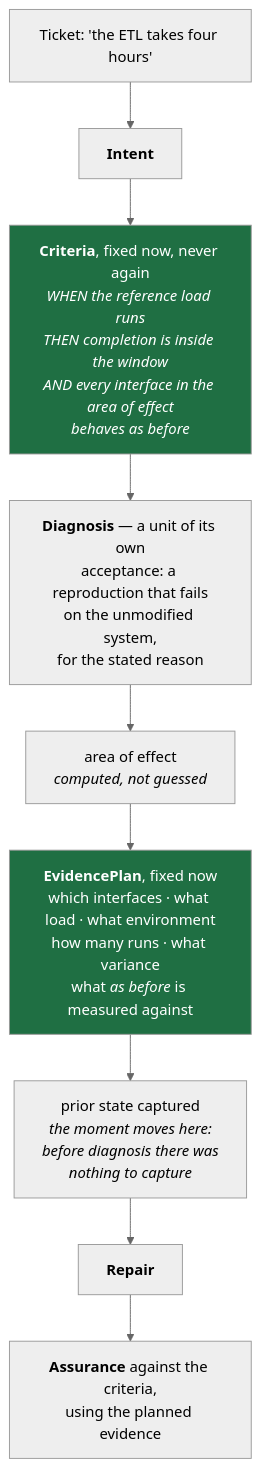
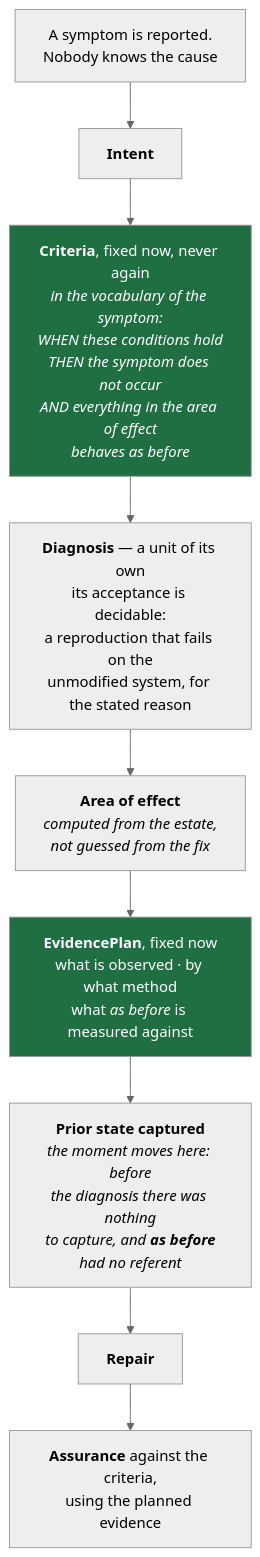
Before and after one commit to igannytskyi/iFlow: the third of 4 diagrams in docs/process.md, drawn with Mermaid (neutral theme). The commit also changed other lines of this file, not shown here.

Commit message:
docs: generalise the defect diagram
It described a particular symptom; it now describes the case.

````diff
--- a/docs/process.md
+++ b/docs/process.md
@@ -71,14 +71,14 @@
 ```mermaid
 flowchart TD
-    TK["Ticket: 'the ETL takes four hours'"] --> INT["<b>Intent</b>"]
-    INT --> CR["<b>Criteria</b>, fixed now, never again<br/><i>WHEN the reference load runs<br/>THEN completion is inside the window</i><br/><i>AND every interface in the area of effect<br/>behaves as before</i>"]
-    CR --> D["<b>Diagnosis</b> — a unit of its own<br/>acceptance: a reproduction that fails<br/>on the unmodified system,<br/>for the stated reason"]
-    D --> AOE["area of effect<br/><i>computed, not guessed</i>"]
-    AOE --> EP["<b>EvidencePlan</b>, fixed now<br/>which interfaces · what load · what environment<br/>how many runs · what variance<br/>what <i>as before</i> is measured against"]
-    EP --> CAP["prior state captured<br/><i>the moment moves here:<br/>before diagnosis there was<br/>nothing to capture</i>"]
+    TK["A symptom is reported.<br/>Nobody knows the cause"] --> INT["<b>Intent</b>"]
+    INT --> CR["<b>Criteria</b>, fixed now, never again<br/><i>in the vocabulary of the symptom:</i><br/><i>WHEN these conditions hold</i><br/><i>THEN the symptom does not occur</i><br/><i>AND everything in the area of effect</i><br/><i>behaves as before</i>"]
+    CR --> D["<b>Diagnosis</b> — a unit of its own<br/>its acceptance is decidable:<br/>a reproduction that fails on the<br/>unmodified system, for the stated reason"]
+    D --> AOE["<b>Area of effect</b><br/><i>computed from the estate,<br/>not guessed from the fix</i>"]
+    AOE --> EP["<b>EvidencePlan</b>, fixed now<br/>what is observed · by what method<br/>what <i>as before</i> is measured against"]
+    EP --> CAP["<b>Prior state captured</b><br/><i>the moment moves here: before<br/>the diagnosis there was nothing<br/>to capture, and <b>as before</b><br/>had no referent</i>"]
     CAP --> REP["<b>Repair</b>"]
     REP --> ASS["<b>Assurance</b> against the criteria,<br/>using the planned evidence"]
 
     style CR fill:#1f6f43,color:#fff
     style EP fill:#1f6f43,color:#fff
 ```
````
